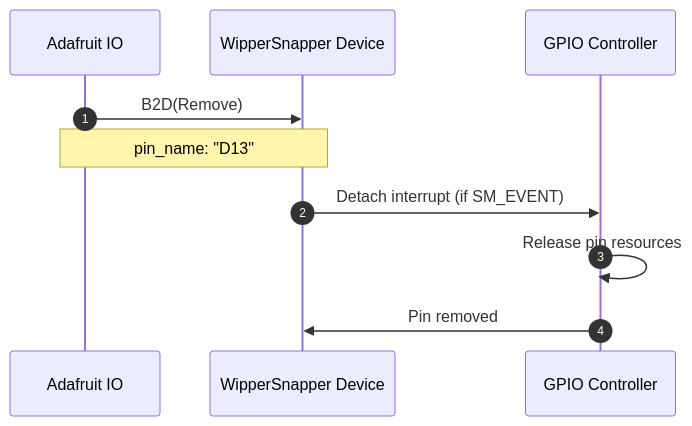
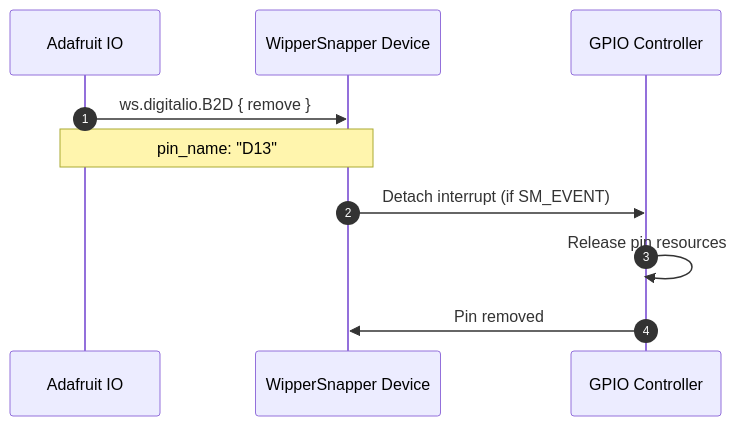
Before and after one commit to adafruit/Wippersnapper_Protobuf: the fourth of 4 diagrams in proto/wippersnapper/docs/digitalio.md, drawn with Mermaid. The commit also changed other lines of this file and 10 other files, not shown here.

````diff
--- a/proto/wippersnapper/docs/digitalio.md
+++ b/proto/wippersnapper/docs/digitalio.md
@@ -112,14 +121,14 @@
 ```mermaid
 sequenceDiagram
 autonumber
 participant IO as Adafruit IO
 participant Device as WipperSnapper Device
 participant GPIO as GPIO Controller
 
-IO->>Device: B2D(Remove)
+IO->>Device: ws.digitalio.B2D { remove }
 Note over IO,Device: pin_name: "D13"
 
 Device->>GPIO: Detach interrupt (if SM_EVENT)
 GPIO->>GPIO: Release pin resources
 GPIO->>Device: Pin removed
 ```
````
